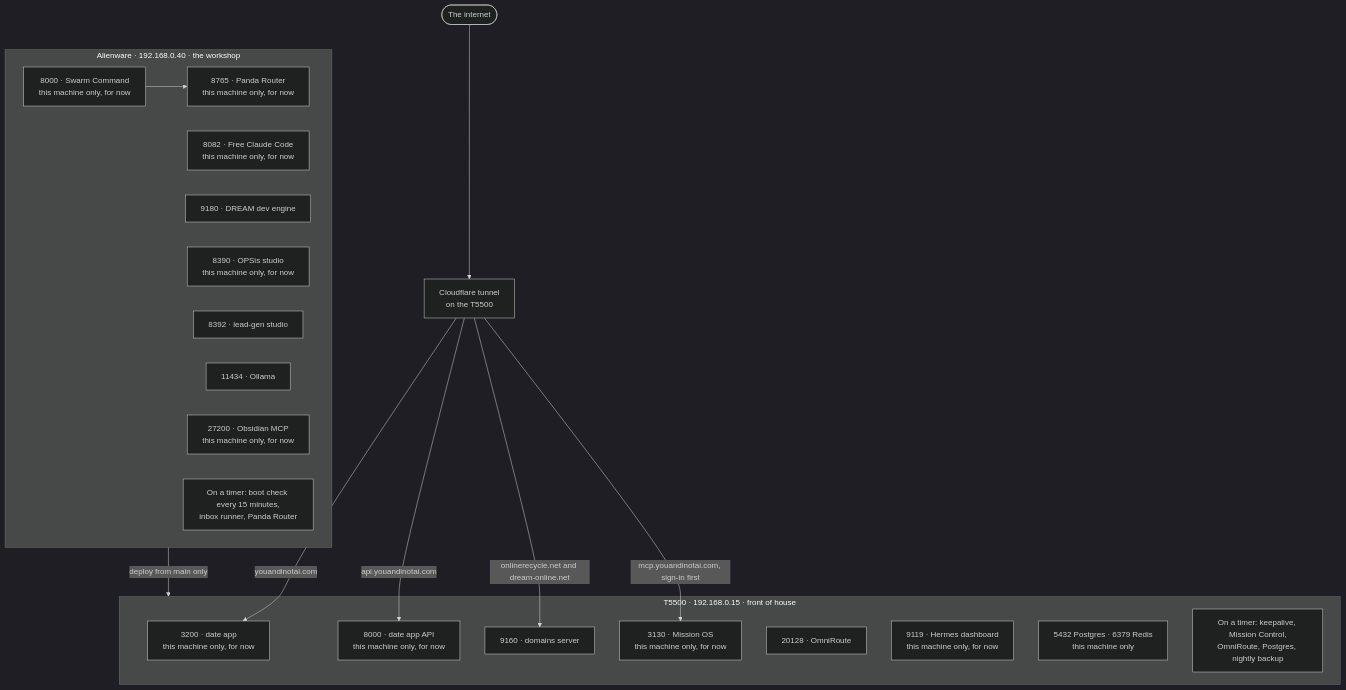
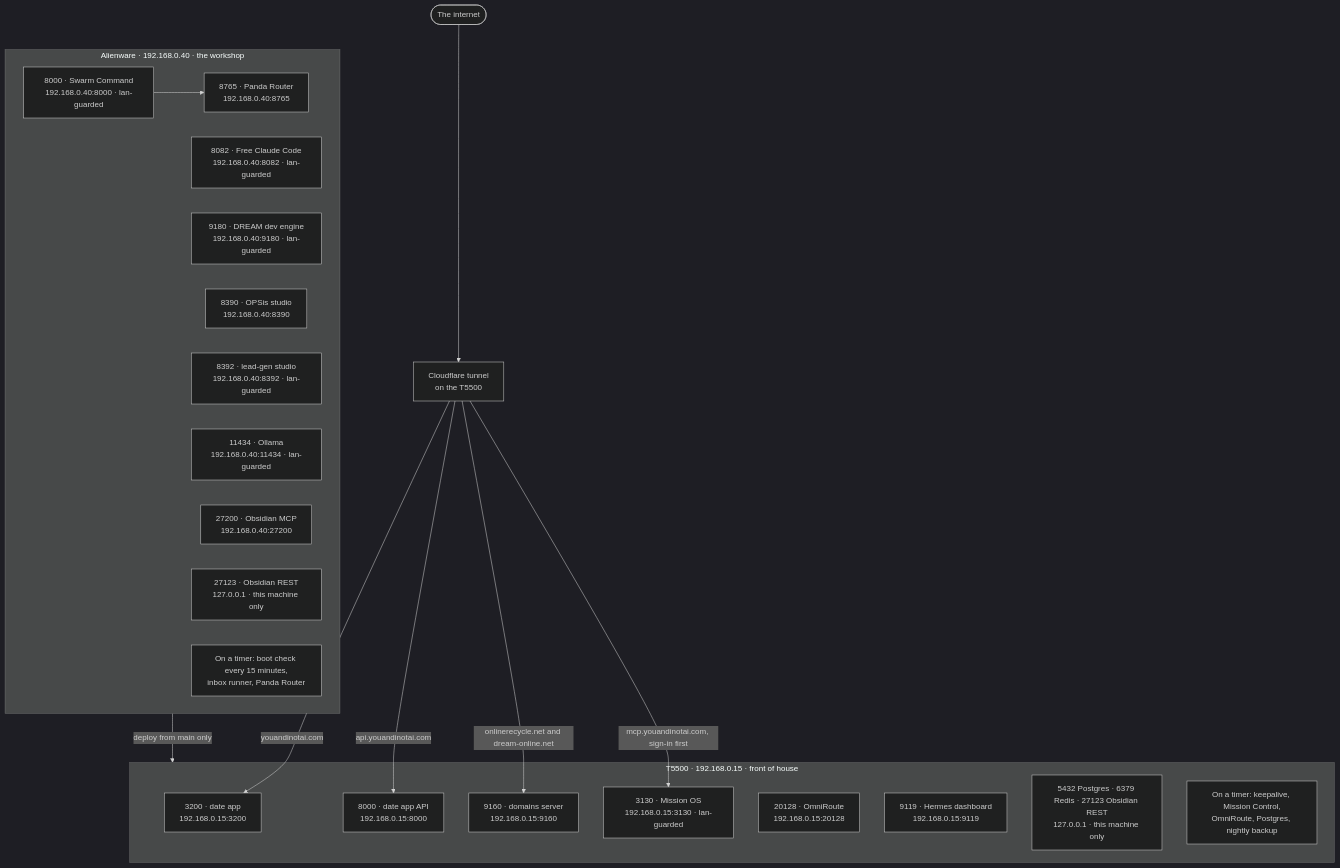
One commit to Trollz1004/dream-online changed the third of 4 diagrams in docs/kitchen/KITCHEN.md. Above: the diagram before and after it, drawn with Mermaid (dark theme). The commit also changed other lines of this file and 55 other files, not shown here.

````diff
--- a/docs/kitchen/KITCHEN.md
+++ b/docs/kitchen/KITCHEN.md
@@ -95,33 +95,34 @@
 ```mermaid
 flowchart TB
   NET(["The internet"])
   CF["Cloudflare tunnel<br/>on the T5500"]
   subgraph T5["T5500 · 192.168.0.15 · front of house"]
-    t3200["3200 · date app<br/>this machine only, for now"]
-    t8000["8000 · date app API<br/>this machine only, for now"]
-    t9160["9160 · domains server"]
-    t3130["3130 · Mission OS<br/>this machine only, for now"]
-    t20128["20128 · OmniRoute"]
-    t9119["9119 · Hermes dashboard<br/>this machine only, for now"]
-    tdb["5432 Postgres · 6379 Redis<br/>this machine only"]
+    t3200["3200 · date app<br/>192.168.0.15:3200"]
+    t8000["8000 · date app API<br/>192.168.0.15:8000"]
+    t9160["9160 · domains server<br/>192.168.0.15:9160"]
+    t3130["3130 · Mission OS<br/>192.168.0.15:3130 · lan-guarded"]
+    t20128["20128 · OmniRoute<br/>192.168.0.15:20128"]
+    t9119["9119 · Hermes dashboard<br/>192.168.0.15:9119"]
+    tdb["5432 Postgres · 6379 Redis · 27123 Obsidian REST<br/>127.0.0.1 · this machine only"]
     tsch["On a timer: keepalive, Mission Control,<br/>OmniRoute, Postgres, nightly backup"]
   end
   subgraph AW["Alienware · 192.168.0.40 · the workshop"]
-    a8000["8000 · Swarm Command<br/>this machine only, for now"]
-    a8765["8765 · Panda Router<br/>this machine only, for now"]
-    a8082["8082 · Free Claude Code<br/>this machine only, for now"]
-    a9180["9180 · DREAM dev engine"]
-    a8390["8390 · OPSis studio<br/>this machine only, for now"]
-    a8392["8392 · lead-gen studio"]
-    a11434["11434 · Ollama"]
-    a27200["27200 · Obsidian MCP<br/>this machine only, for now"]
+    a8000["8000 · Swarm Command<br/>192.168.0.40:8000 · lan-guarded"]
+    a8765["8765 · Panda Router<br/>192.168.0.40:8765"]
+    a8082["8082 · Free Claude Code<br/>192.168.0.40:8082 · lan-guarded"]
+    a9180["9180 · DREAM dev engine<br/>192.168.0.40:9180 · lan-guarded"]
+    a8390["8390 · OPSis studio<br/>192.168.0.40:8390"]
+    a8392["8392 · lead-gen studio<br/>192.168.0.40:8392 · lan-guarded"]
+    a11434["11434 · Ollama<br/>192.168.0.40:11434 · lan-guarded"]
+    a27200["27200 · Obsidian MCP<br/>192.168.0.40:27200"]
+    adb["27123 · Obsidian REST<br/>127.0.0.1 · this machine only"]
     asch["On a timer: boot check every 15 minutes,<br/>inbox runner, Panda Router"]
   end
   NET --> CF
   CF -- "youandinotai.com" --> t3200
   CF -- "api.youandinotai.com" --> t8000
   CF -- "onlinerecycle.net and dream-online.net" --> t9160
   CF -- "mcp.youandinotai.com, sign-in first" --> t3130
   a8000 --> a8765
   AW -- "deploy from main only" --> T5
 ```
````
